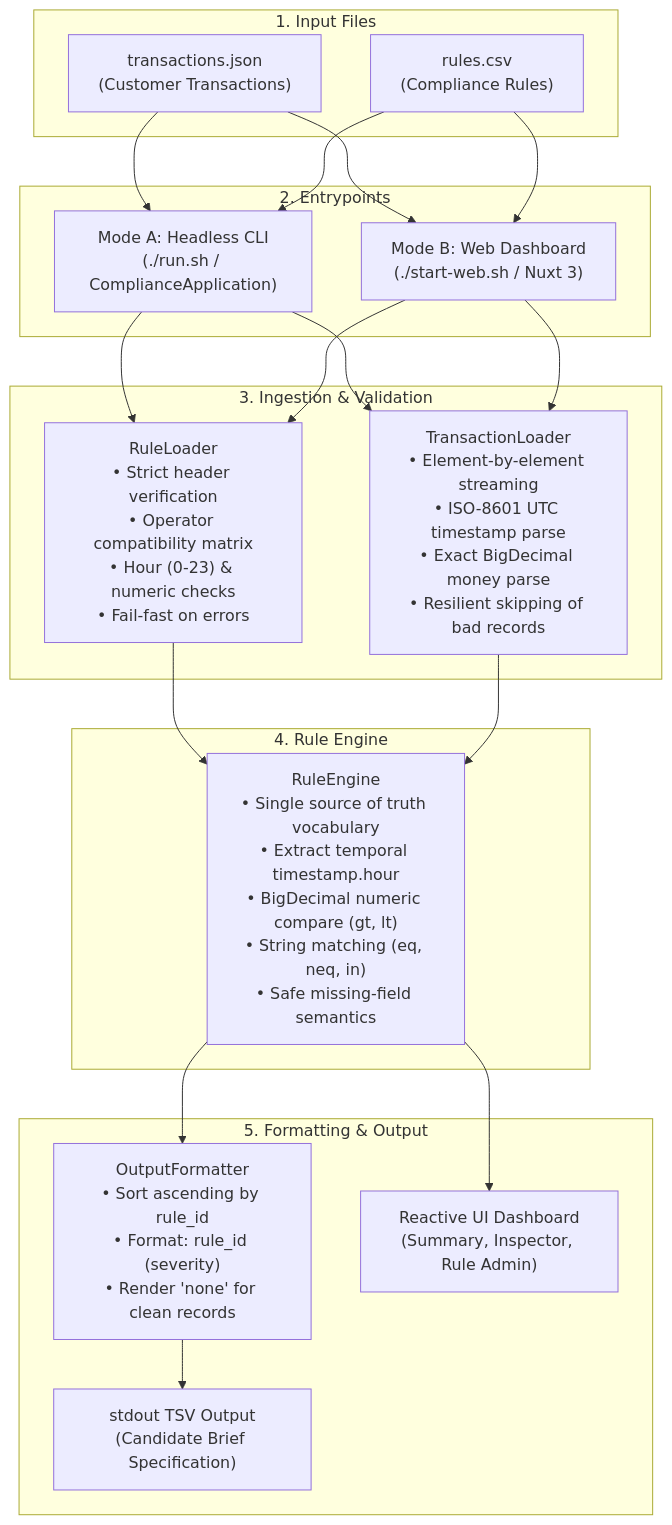
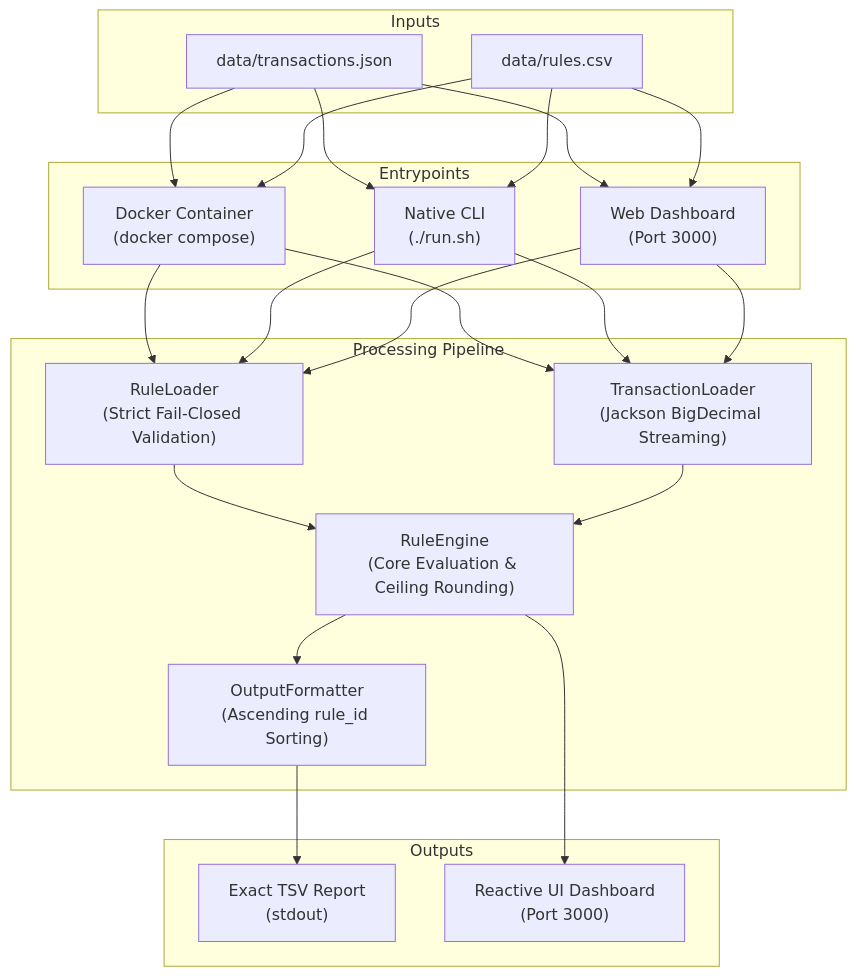
One commit to harshil15999/factset-compliance-evaluator changed the diagram in README.md. Above: the diagram before and after it, drawn with Mermaid. The commit also changed other lines of this file, not shown here.

Commit message:
docs: modernize architecture flow and simplify inter-app communication in README

````diff
--- a/README.md
+++ b/README.md
@@ -46,44 +49,46 @@
 ```mermaid
 flowchart TD
-    subgraph Inputs ["1. Input Files"]
-        TXN["transactions.json<br/>(Customer Transactions)"]
-        RULES["rules.csv<br/>(Compliance Rules)"]
+    subgraph Inputs ["Inputs"]
+        TXN["data/transactions.json"]
+        RULES["data/rules.csv"]
     end
 
-    subgraph Entry ["2. Entrypoints"]
-        CLI["Mode A: Headless CLI<br/>(./run.sh / ComplianceApplication)"]
-        WEB["Mode B: Web Dashboard<br/>(./start-web.sh / Nuxt 3)"]
+    subgraph Entrypoints ["Entrypoints"]
+        DOCKER["Docker Container<br/>(docker compose)"]
+        CLI["Native CLI<br/>(./run.sh)"]
+        WEB["Web Dashboard<br/>(Port 3000)"]
     end
 
-    subgraph Ingestion ["3. Ingestion & Validation"]
-        RL["RuleLoader<br/>• Strict header verification<br/>• Operator compatibility matrix<br/>• Hour (0-23) & numeric checks<br/>• Fail-fast on errors"]
-        TL["TransactionLoader<br/>• Element-by-element streaming<br/>• ISO-8601 UTC timestamp parse<br/>• Exact BigDecimal money parse<br/>• Resilient skipping of bad records"]
+    subgraph Pipeline ["Processing Pipeline"]
+        RL["RuleLoader<br/>(Strict Fail-Closed Validation)"]
+        TL["TransactionLoader<br/>(Jackson BigDecimal Streaming)"]
+        RE["RuleEngine<br/>(Core Evaluation & Ceiling Rounding)"]
+        OF["OutputFormatter<br/>(Ascending rule_id Sorting)"]
+
+        RL --> RE
+        TL --> RE
+        RE --> OF
     end
 
-    subgraph Core ["4. Rule Engine"]
-        RE["RuleEngine<br/>• Single source of truth vocabulary<br/>• Extract temporal timestamp.hour<br/>• BigDecimal numeric compare (gt, lt)<br/>• String matching (eq, neq, in)<br/>• Safe missing-field semantics"]
+    subgraph Outputs ["Outputs"]
+        STDOUT["Exact TSV Report<br/>(stdout)"]
+        DASH["Reactive UI Dashboard<br/>(Port 3000)"]
     end
 
-    subgraph Delivery ["5. Formatting & Output"]
-        OF["OutputFormatter<br/>• Sort ascending by rule_id<br/>• Format: rule_id (severity)<br/>• Render 'none' for clean records"]
-        STDOUT["stdout TSV Output<br/>(Candidate Brief Specification)"]
-        DASH["Reactive UI Dashboard<br/>(Summary, Inspector, Rule Admin)"]
-    end
-
+    TXN --> DOCKER
+    RULES --> DOCKER
     TXN --> CLI
     RULES --> CLI
     TXN --> WEB
     RULES --> WEB
 
+    DOCKER --> RL
+    DOCKER --> TL
     CLI --> RL
     CLI --> TL
     WEB --> RL
     WEB --> TL
 
-    RL --> RE
-    TL --> RE
-
-    RE --> OF
     OF --> STDOUT
     RE --> DASH
 ```
````
